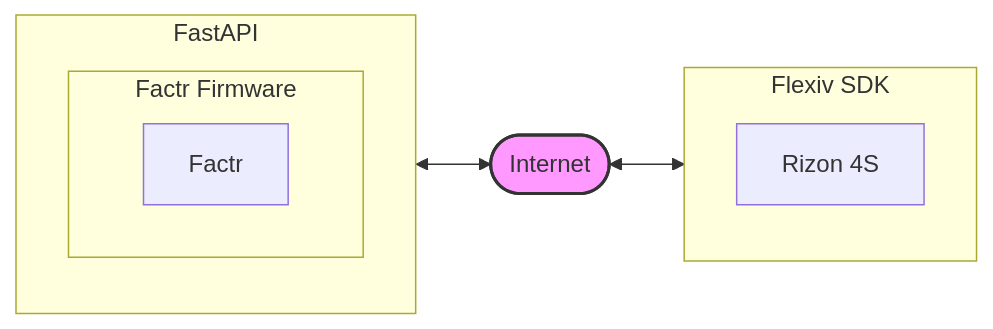
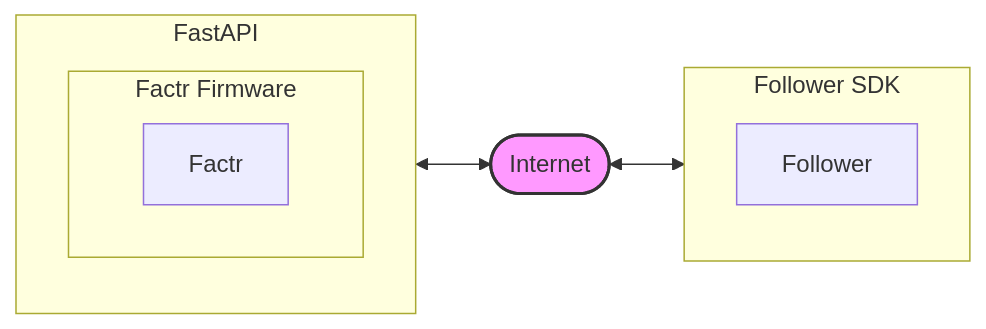
The diagram in FACTR_Teleop/README.md (rvl-lab-utoronto/FACTR-Server), drawn with Mermaid before and after one commit. The commit also changed other lines of this file, not shown here.

````diff
--- a/FACTR_Teleop/README.md
+++ b/FACTR_Teleop/README.md
@@ -17,20 +18,20 @@
 ```mermaid
 graph LR
     %% Nodes definition
     subgraph F [FastAPI]
         subgraph B [Factr Firmware]
             A[Factr]
         end
     end
     C([Internet])
-    subgraph E [Flexiv SDK]
-        D[Rizon 4S]
+    subgraph E [Follower SDK]
+        D[Follower]
     end
 
     %% Connections
     F <--> C
     C <--> E
     
     %% Styling (Optional)
     style C fill:#f9f,stroke:#333,stroke-width:2px
 ```
````
